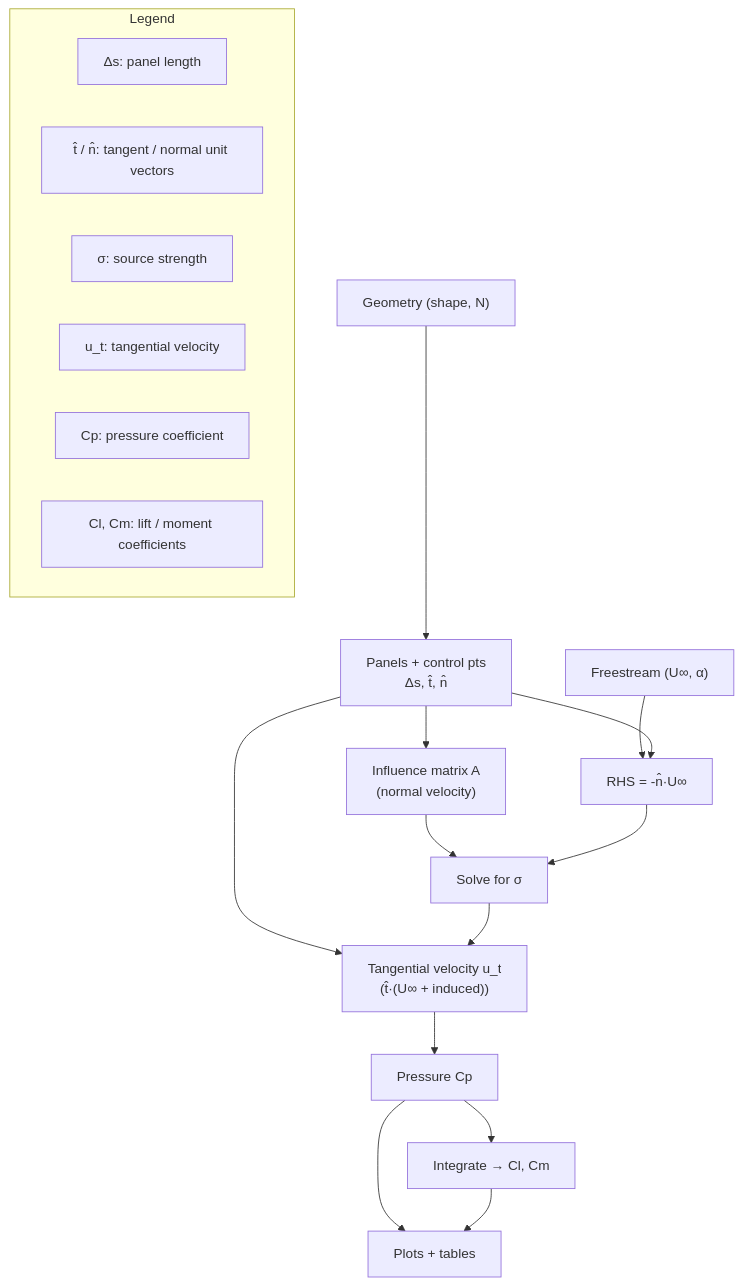
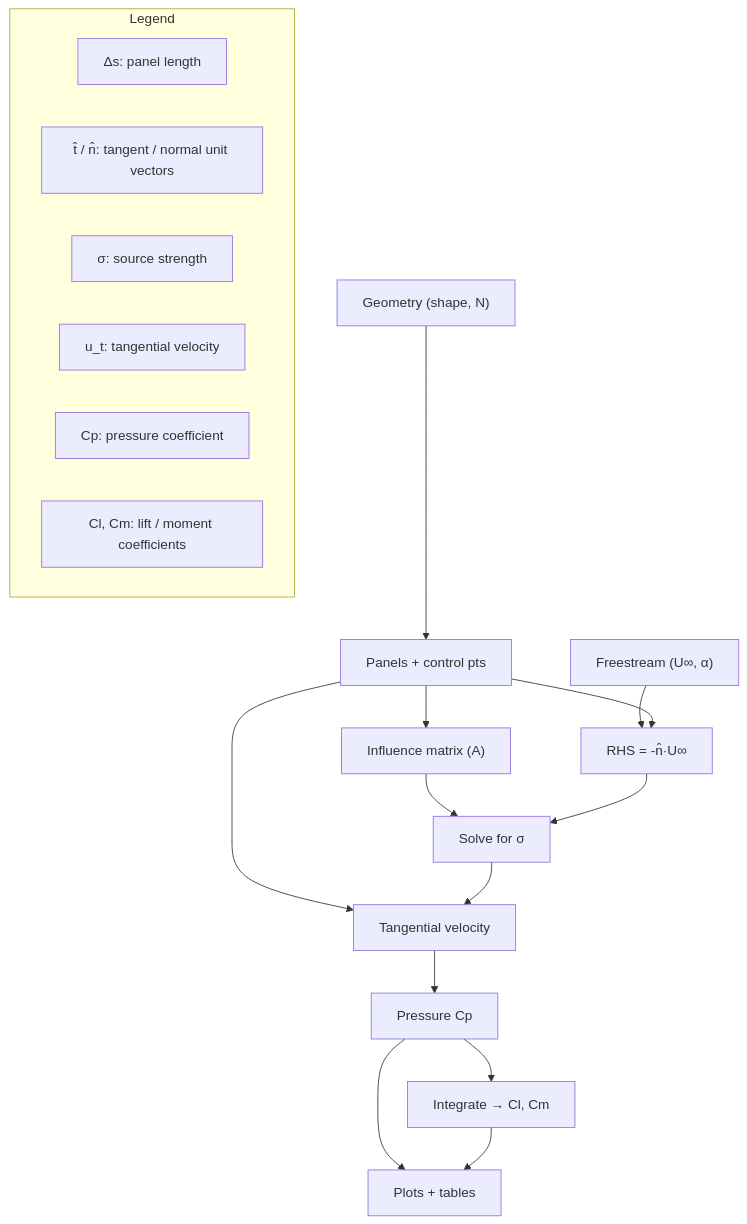
Before and after one commit to andytorrestb/AeroPanel: the diagram in README.md, drawn with Mermaid.

````diff
--- a/README.md
+++ b/README.md
@@ -98,35 +98,35 @@
 ```mermaid
 flowchart TD
   U["Freestream (U∞, α)"]
   G["Geometry (shape, N)"]
-  Geo["Panels + control pts\nΔs, t̂, n̂"]
-  A["Influence matrix A\n(normal velocity)"]
+  Geo["Panels + control pts"]
+  A["Influence matrix (A)"]
   RHS["RHS = -n̂·U∞"]
   Solve["Solve for σ"]
-  Ut["Tangential velocity u_t\n(t̂·(U∞ + induced))"]
+  Ut["Tangential velocity"]
   Cp["Pressure Cp"]
   Forces["Integrate → Cl, Cm"]
   Output["Plots + tables"]
 
   U --> RHS
   G --> Geo
   Geo --> A
   Geo --> RHS
   Geo --> Ut
   A --> Solve
   RHS --> Solve
   Solve --> Ut
   Ut --> Cp
   Cp --> Forces
   Cp --> Output
   Forces --> Output
 
   subgraph Legend
     L1["Δs: panel length"]
     L2["t̂ / n̂: tangent / normal unit vectors"]
     L3["σ: source strength"]
     L4["u_t: tangential velocity"]
     L5["Cp: pressure coefficient"]
     L6["Cl, Cm: lift / moment coefficients"]
   end
 ```
````
